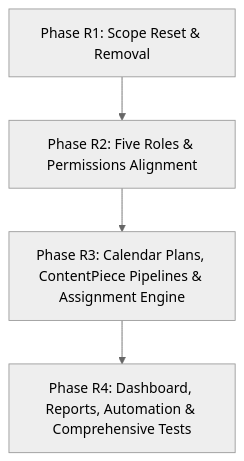
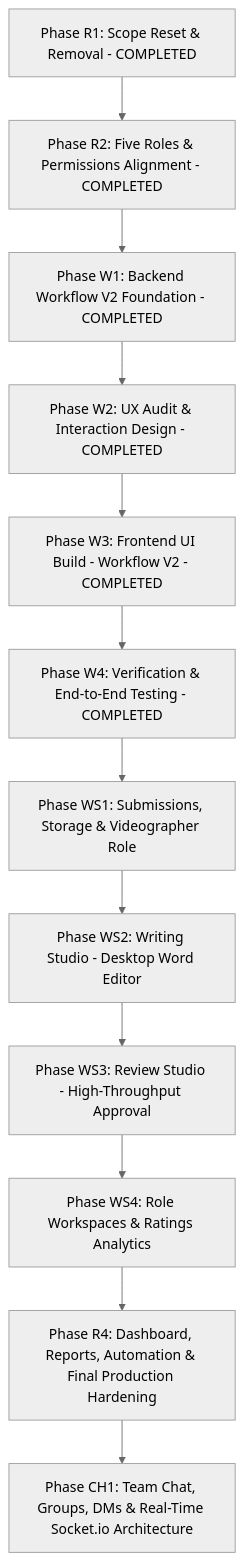
Before and after one commit to mubashirofcl/haca-forge: the diagram in docs/BUILD_PLAN.md, drawn with Mermaid (neutral theme). The commit also changed other lines of this file and 251 other files, not shown here.

Commit message:
feat: initial implementation of api backend application and tests(Commit before cleanup)

````diff
--- a/docs/BUILD_PLAN.md
+++ b/docs/BUILD_PLAN.md
@@ -14,6 +14,14 @@
 ```mermaid
 graph TD
-    R1[Phase R1: Scope Reset & Removal] --> R2[Phase R2: Five Roles & Permissions Alignment]
-    R2 --> R3[Phase R3: Calendar Plans, ContentPiece Pipelines & Assignment Engine]
-    R3 --> R4[Phase R4: Dashboard, Reports, Automation & Comprehensive Tests]
+    R1[Phase R1: Scope Reset & Removal - COMPLETED] --> R2[Phase R2: Five Roles & Permissions Alignment - COMPLETED]
+    R2 --> W1[Phase W1: Backend Workflow V2 Foundation - COMPLETED]
+    W1 --> W2[Phase W2: UX Audit & Interaction Design - COMPLETED]
+    W2 --> W3[Phase W3: Frontend UI Build - Workflow V2 - COMPLETED]
+    W3 --> W4[Phase W4: Verification & End-to-End Testing - COMPLETED]
+    W4 --> WS1[Phase WS1: Submissions, Storage & Videographer Role]
+    WS1 --> WS2[Phase WS2: Writing Studio - Desktop Word Editor]
+    WS2 --> WS3[Phase WS3: Review Studio - High-Throughput Approval]
+    WS3 --> WS4[Phase WS4: Role Workspaces & Ratings Analytics]
+    WS4 --> R4[Phase R4: Dashboard, Reports, Automation & Final Production Hardening]
+    R4 --> CH1[Phase CH1: Team Chat, Groups, DMs & Real-Time Socket.io Architecture]
 ```
````
